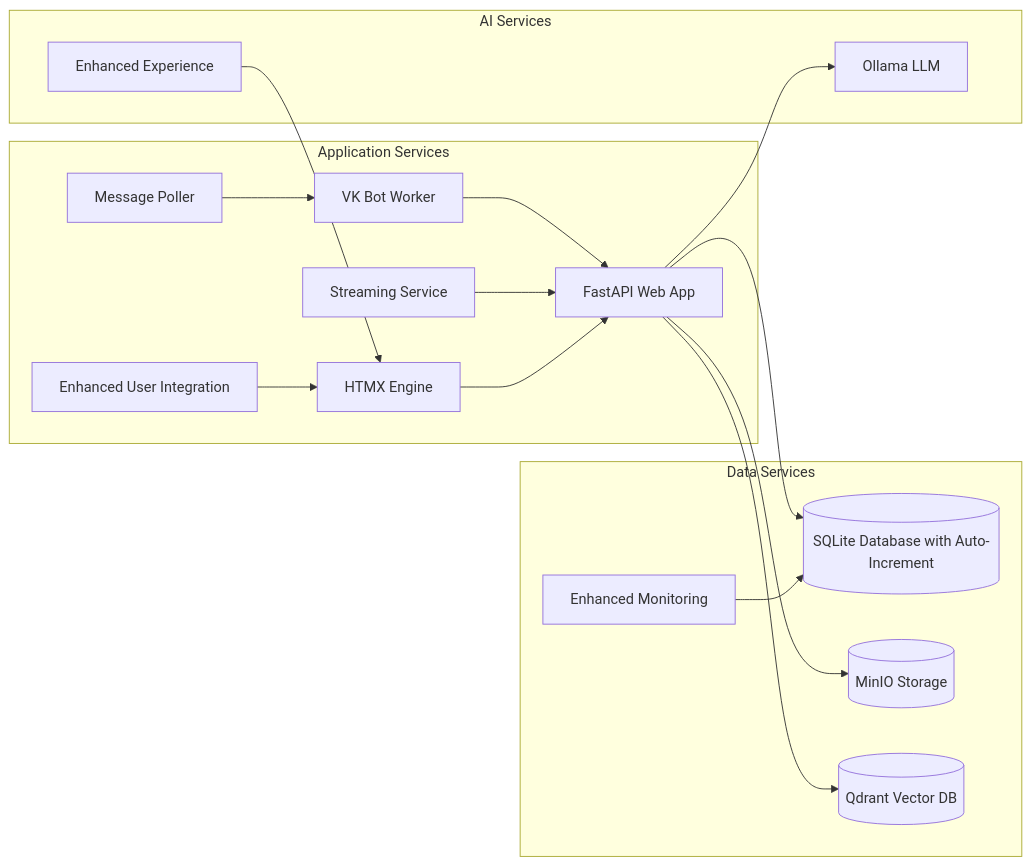
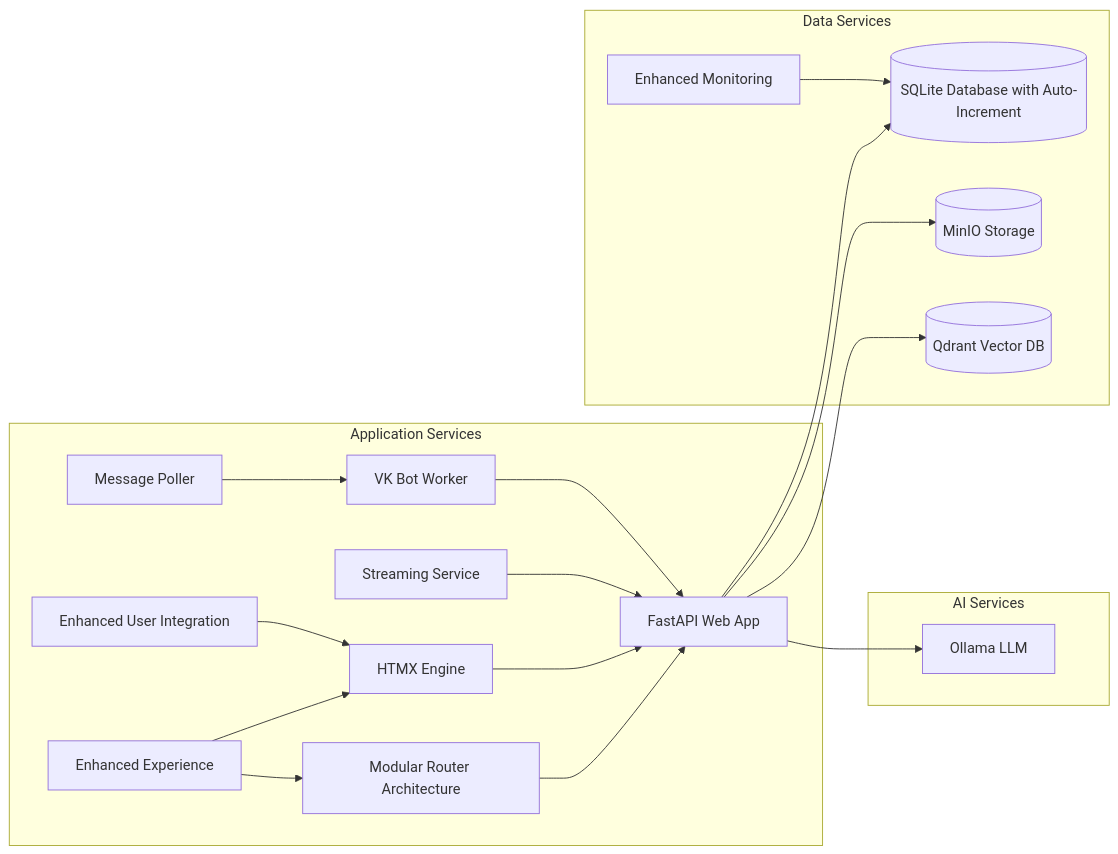
Diagram 26 of 26 in .qoder/repowiki/en/content/Document Management System.md (ognelis/cafetera_hr_bot), drawn with Mermaid before and after one commit. The commit also changed other lines of this file and 12 other files, not shown here.

````diff
--- a/.qoder/repowiki/en/content/Document Management System.md
+++ b/.qoder/repowiki/en/content/Document Management System.md
@@ -2555,32 +2669,36 @@
 ```mermaid
 graph LR
 subgraph "Application Services"
 Web[FastAPI Web App]
 Bot[VK Bot Worker]
 Poller[Message Poller]
 Streaming[Streaming Service]
 HTMXEngine[HTMX Engine]
 EndUserIntegration[Enhanced User Integration]
+RouterArchitecture[Modular Router Architecture]
+EndUserExperience[Enhanced Experience]
 end
 subgraph "Data Services"
 DB[(SQLite Database with Auto-Increment)]
 MinIO[(MinIO Storage)]
 Qdrant[(Qdrant Vector DB)]
 EndUserMonitoring[Enhanced Monitoring]
 end
 subgraph "AI Services"
 Ollama[Ollama LLM]
 EndUserExperience[Enhanced Experience]
 end
 Web --> DB
 Web --> MinIO
 Web --> Qdrant
 Bot --> Web
 Poller --> Bot
 Web --> Ollama
 Streaming --> Web
 HTMXEngine --> Web
 EndUserIntegration --> HTMXEngine
+RouterArchitecture --> Web
 EndUserMonitoring --> DB
 EndUserExperience --> HTMXEngine
+EndUserExperience --> RouterArchitecture
 ```
````
